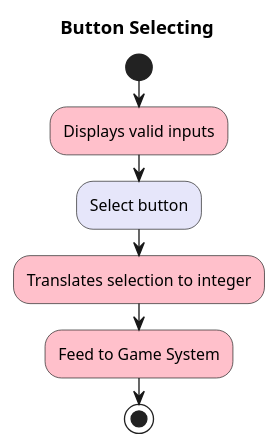
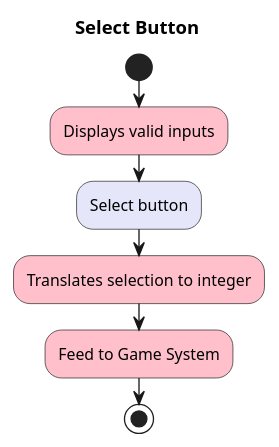
One commit to BillCheng9/Steampunk-Game changed the fifth of 8 diagrams in use-cases/use-cases-brief.md. Above: the diagram before and after it, drawn with PlantUML. The commit also changed other lines of this file and 1 other file, not shown here.

Commit message:
changing use cases to verbs

````diff
--- a/use-cases/use-cases-brief.md
+++ b/use-cases/use-cases-brief.md
@@ -89,18 +89,18 @@
 ```plantuml
 <style>
 diamond {
   BackgroundColor White
 }
 </style>
 
-title Button Selecting
+title Select Button
 
 start
 
 #pink:Displays valid inputs;
 #lavender:Select button;
 #pink:Translates selection to integer;
 #pink:Feed to Game System;
 
 stop
 ```
````
